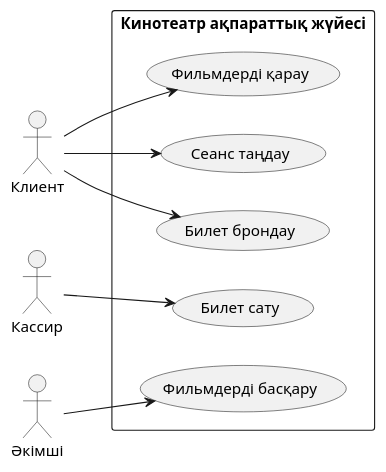
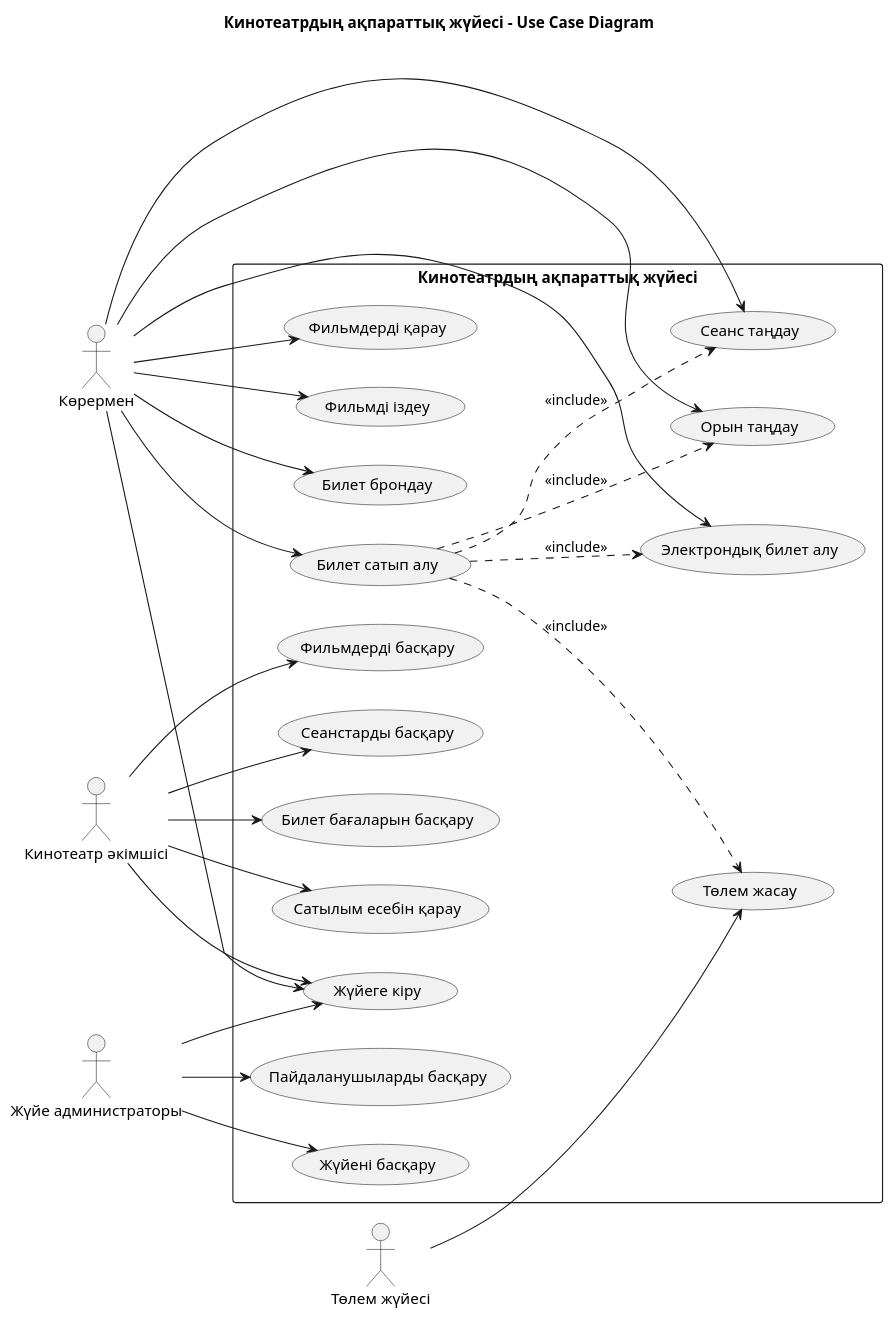
The diagram in docs/diagrams/use-case.puml (medet07122007-Kulmakhanbet/cinema-information-system), drawn with PlantUML before and after one commit. The commit also changed other lines of this file, not shown here.

```diff
--- a/docs/diagrams/use-case.puml
+++ b/docs/diagrams/use-case.puml
@@ -2,22 +2,59 @@
 @startuml
 left to right direction
+skinparam packageStyle rectangle
 
-actor "Клиент" as Client
-actor "Кассир" as Cashier
-actor "Әкімші" as Admin
+title Кинотеатрдың ақпараттық жүйесі - Use Case Diagram
 
-rectangle "Кинотеатр ақпараттық жүйесі" {
-  usecase "Фильмдерді қарау" as UC1
-  usecase "Сеанс таңдау" as UC2
-  usecase "Билет брондау" as UC3
-  usecase "Билет сату" as UC4
-  usecase "Фильмдерді басқару" as UC5
+actor "Көрермен" as Viewer
+actor "Кинотеатр әкімшісі" as Admin
+actor "Жүйе администраторы" as SysAdmin
+actor "Төлем жүйесі" as Payment
+
+rectangle "Кинотеатрдың ақпараттық жүйесі" {
+
+  usecase "Жүйеге кіру" as UC1
+  usecase "Фильмдерді қарау" as UC2
+  usecase "Фильмді іздеу" as UC3
+  usecase "Сеанс таңдау" as UC4
+  usecase "Орын таңдау" as UC5
+  usecase "Билет брондау" as UC6
+  usecase "Билет сатып алу" as UC7
+  usecase "Төлем жасау" as UC8
+  usecase "Электрондық билет алу" as UC9
+
+  usecase "Фильмдерді басқару" as UC10
+  usecase "Сеанстарды басқару" as UC11
+  usecase "Билет бағаларын басқару" as UC12
+  usecase "Сатылым есебін қарау" as UC13
+
+  usecase "Пайдаланушыларды басқару" as UC14
+  usecase "Жүйені басқару" as UC15
 }
 
-Client --> UC1
-Client --> UC2
-Client --> UC3
-Cashier --> UC4
-Admin --> UC5
+Viewer --> UC1
+Viewer --> UC2
+Viewer --> UC3
+Viewer --> UC4
+Viewer --> UC5
+Viewer --> UC6
+Viewer --> UC7
+Viewer --> UC9
+
+Admin --> UC1
+Admin --> UC10
+Admin --> UC11
+Admin --> UC12
+Admin --> UC13
+
+SysAdmin --> UC1
+SysAdmin --> UC14
+SysAdmin --> UC15
+
+Payment --> UC8
+
+UC7 ..> UC4 : <<include>>
+UC7 ..> UC5 : <<include>>
+UC7 ..> UC8 : <<include>>
+UC7 ..> UC9 : <<include>>
 
 @enduml
```
